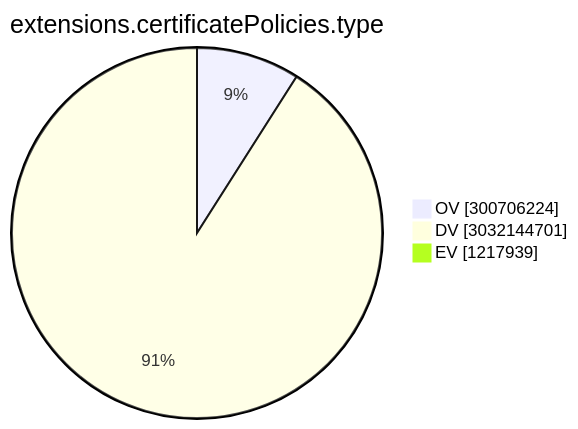
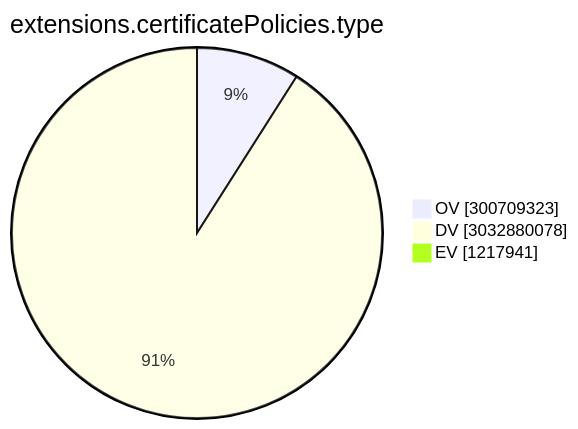
The ninth of 15 diagrams in TOTAL/README.md (christiankrug/ctmonitor_visualization), drawn with Mermaid before and after one commit. The commit also changed other lines of this file, not shown here.

````diff
--- a/TOTAL/README.md
+++ b/TOTAL/README.md
@@ -3102,7 +3102,7 @@
 ```mermaid
 pie showData
 title extensions.certificatePolicies.type
-"OV" :300706224
-"DV" :3032144701
-"EV" :1217939
+"OV" :300709323
+"DV" :3032880078
+"EV" :1217941
 ```
````
